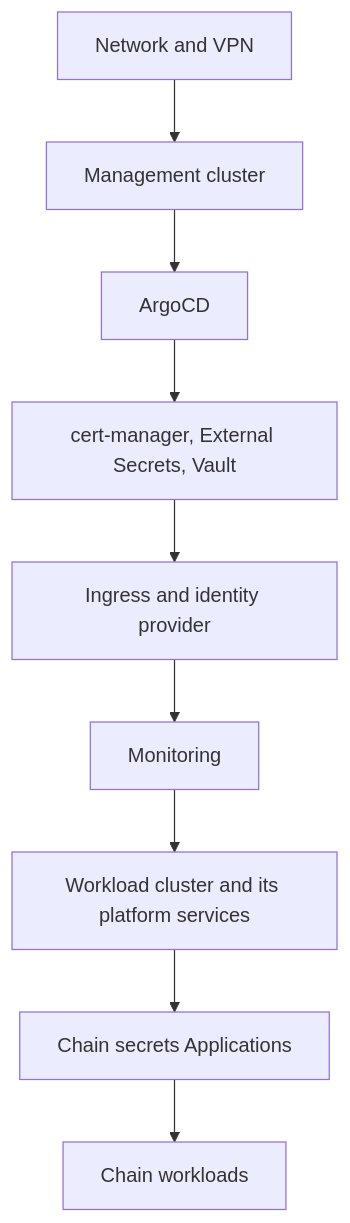
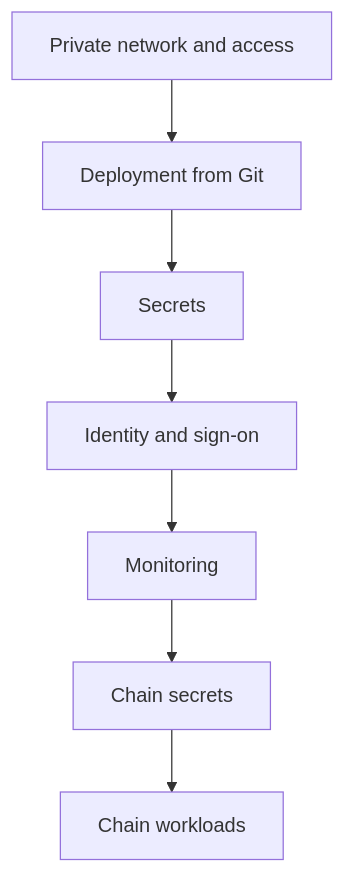
One commit to FP-Validated/fp-validated-docs changed the diagram in website/docs/fp-validated-infra/bootstrap-and-recovery.md. Above: the diagram before and after it, drawn with Mermaid. The commit also changed other lines of this file and 20 other files, not shown here.

````diff
--- a/website/docs/fp-validated-infra/bootstrap-and-recovery.md
+++ b/website/docs/fp-validated-infra/bootstrap-and-recovery.md
@@ -11,21 +11,17 @@
 ```mermaid
 flowchart TB
-  network[Network and VPN]
-  mgmt[Management cluster]
-  argo[ArgoCD]
-  secrets[cert-manager, External Secrets, Vault]
-  access[Ingress and identity provider]
-  obs[Monitoring]
-  work[Workload cluster and its platform services]
-  chainsec[Chain secrets Applications]
+  network[Private network and access]
+  deploy[Deployment from Git]
+  secrets[Secrets]
+  identity[Identity and sign-on]
+  monitoring[Monitoring]
+  chainsec[Chain secrets]
   chains[Chain workloads]
 
-  network --> mgmt
-  mgmt --> argo
-  argo --> secrets
-  secrets --> access
-  access --> obs
-  obs --> work
-  work --> chainsec
+  network --> deploy
+  deploy --> secrets
+  secrets --> identity
+  identity --> monitoring
+  monitoring --> chainsec
   chainsec --> chains
 ```
````
